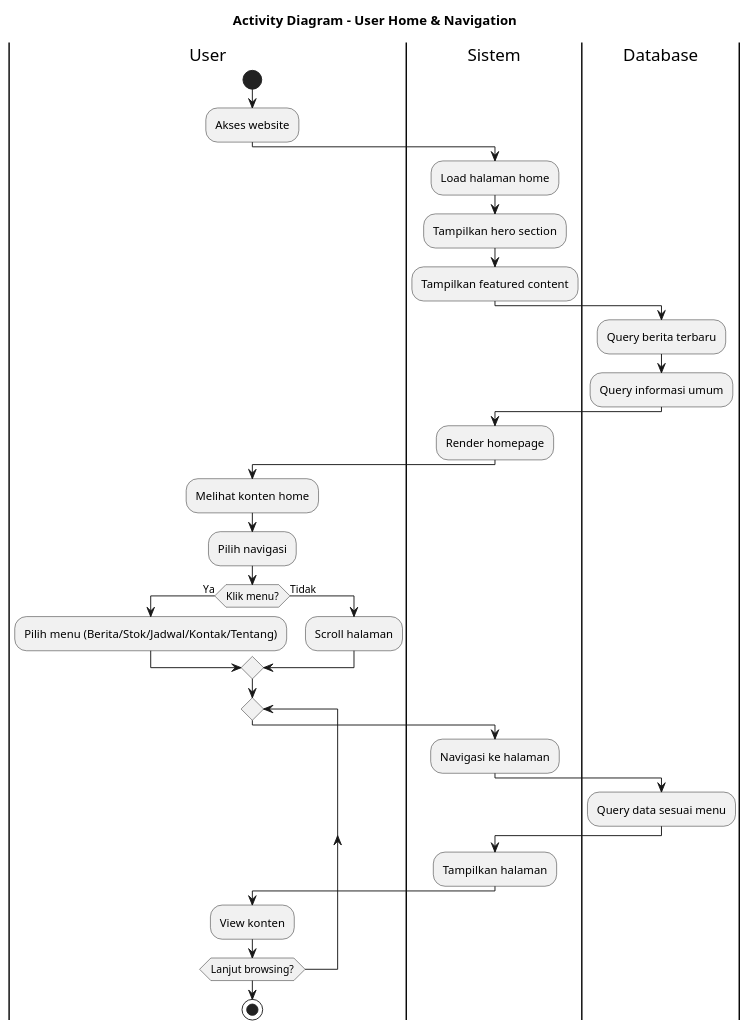
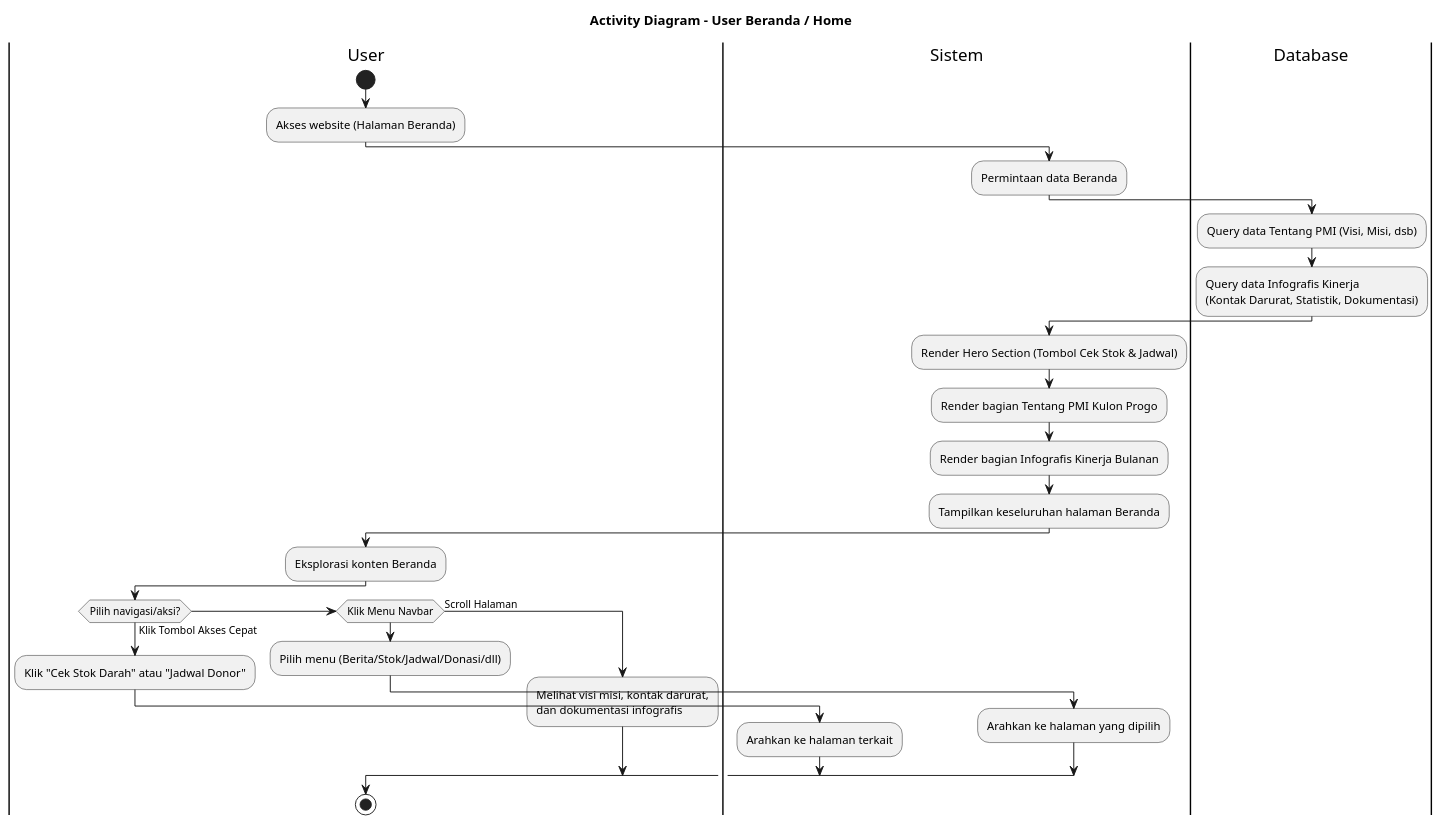
One commit to jaddu17/capstonepmikp changed the diagram in diagram/activitydiagram_user_home.puml. Above: the diagram before and after it, drawn with PlantUML. The commit also changed 7 other files, not shown here.

```diff
--- a/diagram/activitydiagram_user_home.puml
+++ b/diagram/activitydiagram_user_home.puml
@@ -1,46 +1,43 @@
 @startuml ACTIVITY_DIAGRAM_USER_HOME
-title Activity Diagram - User Home & Navigation
+title Activity Diagram - User Beranda / Home
 
 |User|
 start
-:Akses website;
+:Akses website (Halaman Beranda);
 
 |Sistem|
-:Load halaman home;
-:Tampilkan hero section;
-:Tampilkan featured content;
+:Permintaan data Beranda;
 
 |Database|
-:Query berita terbaru;
-:Query informasi umum;
+:Query data Tentang PMI (Visi, Misi, dsb);
+:Query data Infografis Kinerja 
+(Kontak Darurat, Statistik, Dokumentasi);
 
 |Sistem|
-:Render homepage;
+:Render Hero Section (Tombol Cek Stok & Jadwal);
+:Render bagian Tentang PMI Kulon Progo;
+:Render bagian Infografis Kinerja Bulanan;
+:Tampilkan keseluruhan halaman Beranda;
 
 |User|
-:Melihat konten home;
-:Pilih navigasi;
-if (Klik menu?) then (Ya)
-  :Pilih menu (Berita/Stok/Jadwal/Kontak/Tentang);
-else (Tidak)
-  :Scroll halaman;
+:Eksplorasi konten Beranda;
+
+if (Pilih navigasi/aksi?) then (Klik Tombol Akses Cepat)
+  :Klik "Cek Stok Darah" atau "Jadwal Donor";
+  |Sistem|
+  :Arahkan ke halaman terkait;
+else if (Klik Menu Navbar)
+  |User|
+  :Pilih menu (Berita/Stok/Jadwal/Donasi/dll);
+  |Sistem|
+  :Arahkan ke halaman yang dipilih;
+else (Scroll Halaman)
+  |User|
+  :Melihat visi misi, kontak darurat, 
+  dan dokumentasi infografis;
 endif
-
-repeat
-  |Sistem|
-  :Navigasi ke halaman;
-  
-  |Database|
-  :Query data sesuai menu;
-  
-  |Sistem|
-  :Tampilkan halaman;
-  
-  |User|
-  :View konten;
-repeat while (Lanjut browsing?)
 
 |User|
 stop
 
 @enduml
```
